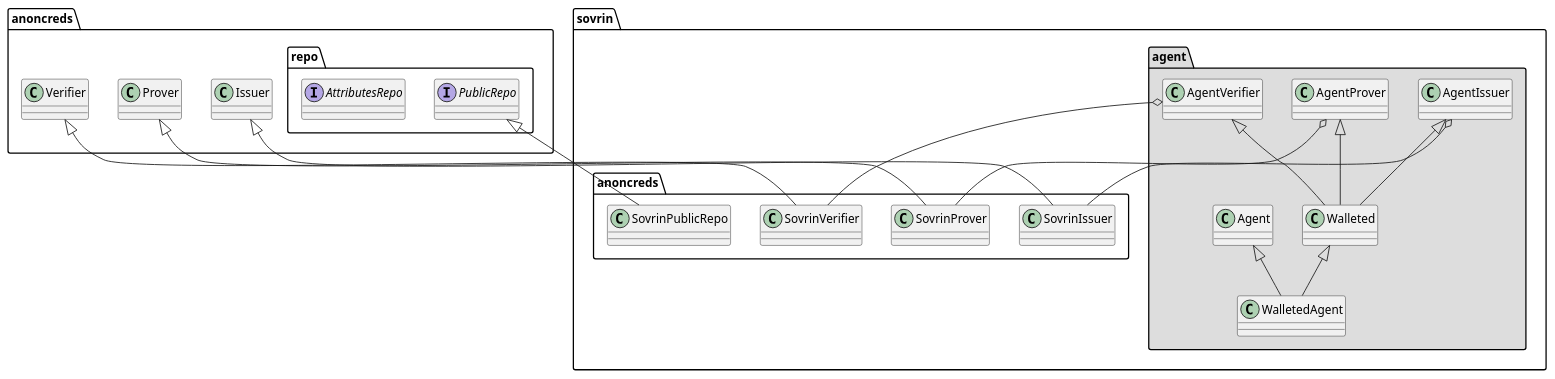
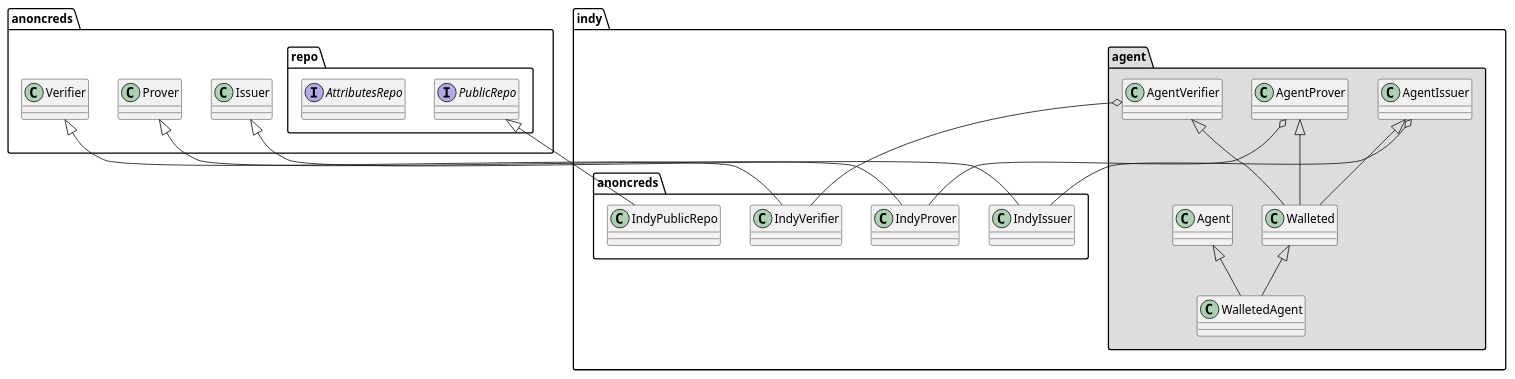
Before and after one commit to hyperledger-archives/indy-anoncreds: the diagram in docs/diagrams/anoncred_class_sovrin_agent.puml, drawn with PlantUML. The commit also changed 8 other files, not shown here.

```diff
--- a/docs/diagrams/anoncred_class_sovrin_agent.puml
+++ b/docs/diagrams/anoncred_class_sovrin_agent.puml
@@ -1,45 +1,45 @@
 @startuml
 
 package  anoncreds.repo {
 
 interface PublicRepo
 interface AttributesRepo
 
 }
 
 
 
 package  anoncreds {
 
 class Issuer
 class Prover
 class Verifier
 
 
 }
 
-package  sovrin.anoncreds {
+package  indy.anoncreds {
 
-Issuer <|-- SovrinIssuer
-Prover <|-- SovrinProver
-Verifier <|-- SovrinVerifier
+Issuer <|-- IndyIssuer
+Prover <|-- IndyProver
+Verifier <|-- IndyVerifier
 
-PublicRepo <|-- SovrinPublicRepo
+PublicRepo <|-- IndyPublicRepo
 }
 
-package  sovrin.agent #DDDDDD {
+package  indy.agent #DDDDDD {
 
-AgentIssuer o--SovrinIssuer
-AgentProver o--SovrinProver
-AgentVerifier o--SovrinVerifier
+AgentIssuer o--IndyIssuer
+AgentProver o--IndyProver
+AgentVerifier o--IndyVerifier
 
 AgentIssuer <|-- Walleted
 AgentProver <|-- Walleted
 AgentVerifier <|-- Walleted
 Walleted <|-- WalletedAgent
 Agent <|-- WalletedAgent
 
 }
 
 
 @enduml
```
